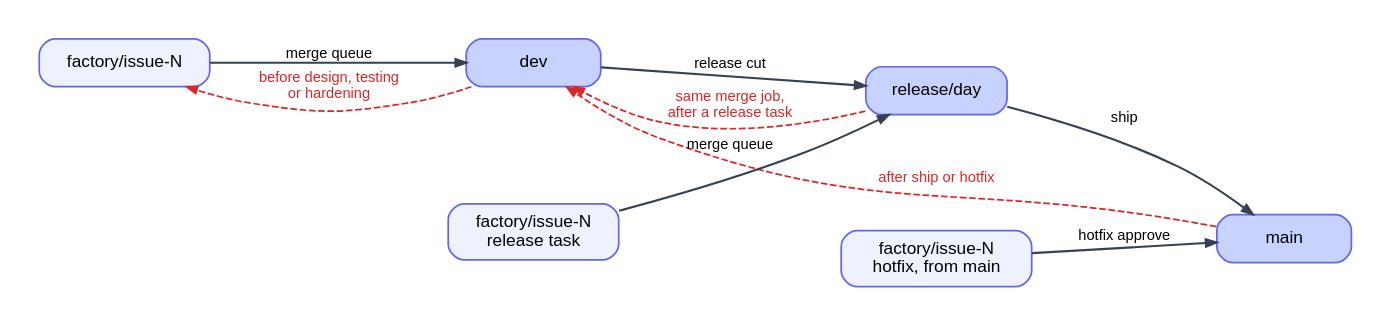
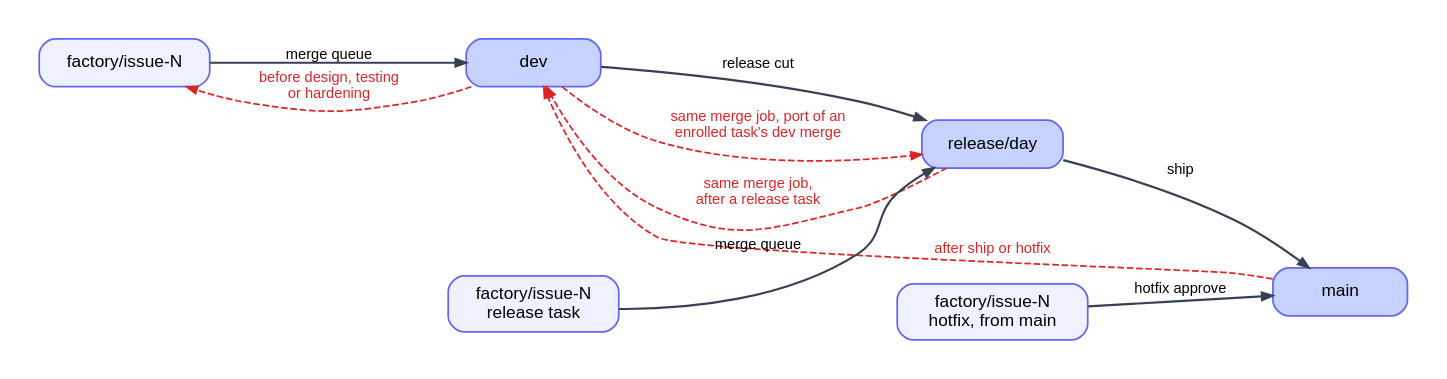
One commit to ROAM-game-org/road-machiners changed the diagram in factory/docs/diagrams/branches.dot. Above: the diagram before and after it, drawn with Graphviz. The commit also changed 25 other files, not shown here.

```diff
--- a/factory/docs/diagrams/branches.dot
+++ b/factory/docs/diagrams/branches.dot
@@ -1,14 +1,15 @@
 // Branches. Each arrow is a merge.
 digraph branches {
   rankdir=LR; nodesep=0.35; ranksep=0.8; bgcolor=white; pad=0.3;
   node [shape=box, style="rounded,filled", fillcolor="#eef2ff", color="#6366f1", fontname="Helvetica", fontsize=13, margin="0.2,0.1", penwidth=1.3, width=1.4];
   edge [color="#374151", penwidth=1.6, arrowsize=0.8, fontname="Helvetica", fontsize=11];
   issue [label="factory/issue-N"]; dev [label="dev", fillcolor="#c7d2fe"]; rel [label="release/day", fillcolor="#c7d2fe"]; main [label="main", fillcolor="#c7d2fe"];
   task [label="factory/issue-N\nrelease task"]; hotfix [label="factory/issue-N\nhotfix, from main"];
   issue -> dev [label="merge queue"]; dev -> rel [label="release cut"]; rel -> main [label="ship"];
   task -> rel [label="merge queue"]; hotfix -> main [label="hotfix approve"];
   edge [color="#dc2626", fontcolor="#dc2626", style=dashed, penwidth=1.3];
   main -> dev [label="after ship or hotfix", constraint=false];
   rel -> dev [label="same merge job,\nafter a release task", constraint=false];
+  dev -> rel [label="same merge job, port of an\nenrolled task's dev merge", constraint=false];
   dev -> issue [label="before design, testing\nor hardening", constraint=false];
 }
```
